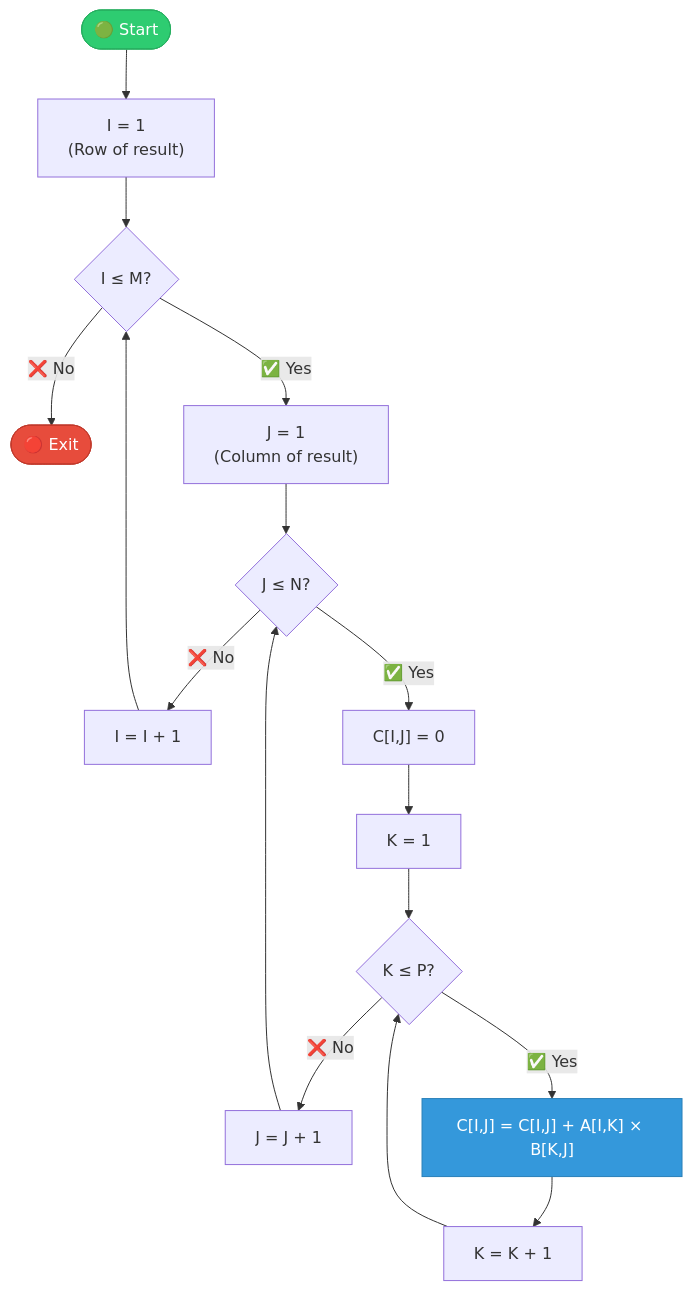
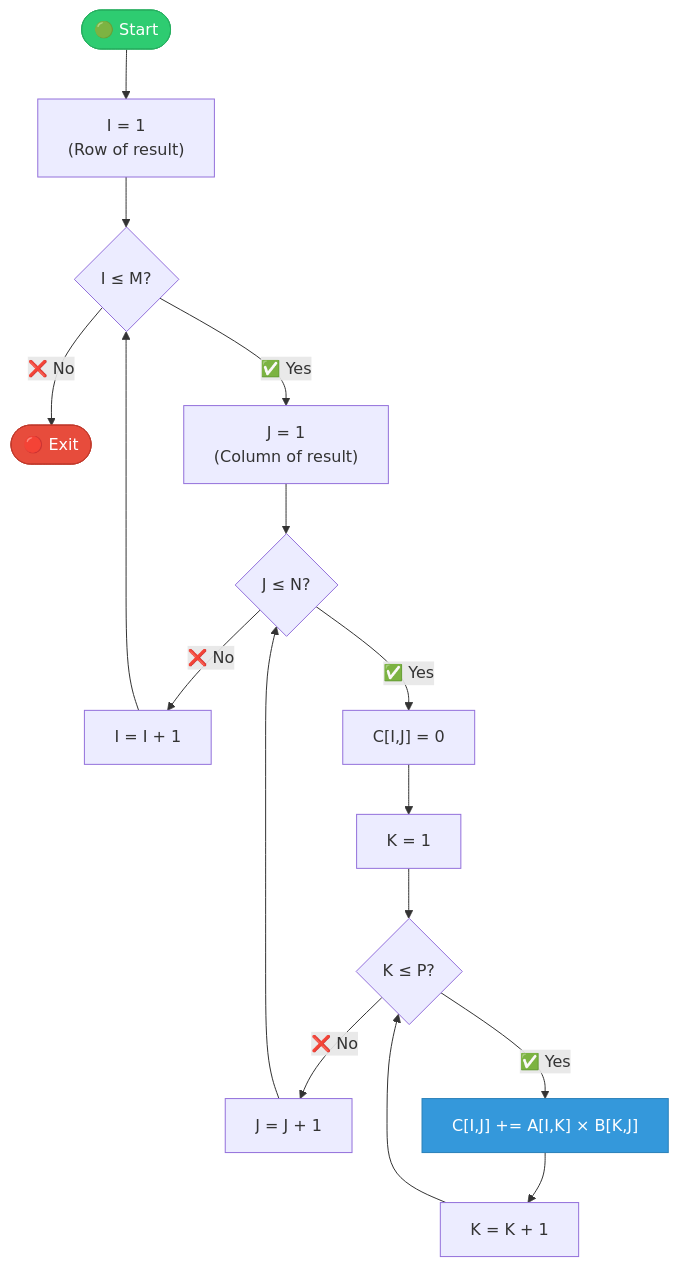
Before and after one commit to M-F-Tushar/CSE-2101-Data-Structure: diagram 36 of 39 in Chapter 4 - Arrays, Records and Pointers/README.md, drawn with Mermaid. The commit also changed other lines of this file, not shown here.

````diff
--- a/Chapter 4 - Arrays, Records and Pointers/README.md
+++ b/Chapter 4 - Arrays, Records and Pointers/README.md
@@ -1799,22 +1284,22 @@
 ```mermaid
 flowchart TD
     START([🟢 Start]) --> I_INIT["I = 1<br/>(Row of result)"]
     I_INIT --> I_CHECK{"I ≤ M?"}
     I_CHECK -->|❌ No| EXIT([🔴 Exit])
     I_CHECK -->|✅ Yes| J_INIT["J = 1<br/>(Column of result)"]
     J_INIT --> J_CHECK{"J ≤ N?"}
     J_CHECK -->|❌ No| I_INC["I = I + 1"]
     I_INC --> I_CHECK
     J_CHECK -->|✅ Yes| INIT_C["C[I,J] = 0"]
     INIT_C --> K_INIT["K = 1"]
     K_INIT --> K_CHECK{"K ≤ P?"}
     K_CHECK -->|❌ No| J_INC["J = J + 1"]
     J_INC --> J_CHECK
-    K_CHECK -->|✅ Yes| CALC["C[I,J] = C[I,J] + A[I,K] × B[K,J]"]
+    K_CHECK -->|✅ Yes| CALC["C[I,J] += A[I,K] × B[K,J]"]
     CALC --> K_INC["K = K + 1"]
     K_INC --> K_CHECK
     
     style START fill:#2ecc71,stroke:#27ae60,color:#fff
     style EXIT fill:#e74c3c,stroke:#c0392b,color:#fff
     style CALC fill:#3498db,stroke:#2980b9,color:#fff
 ```
````
